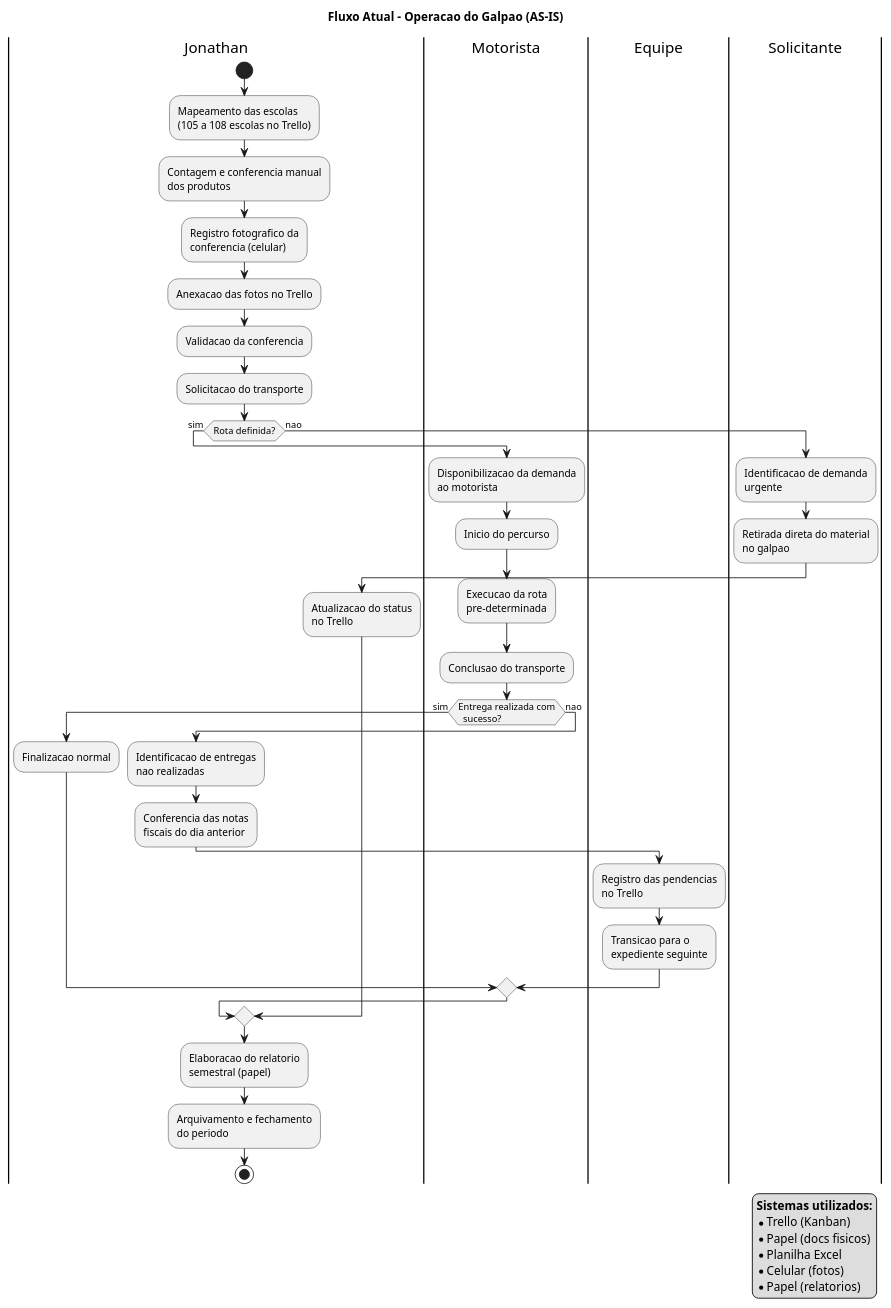
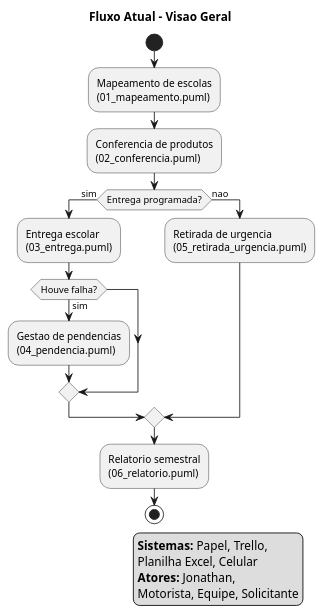
The diagram in docs/puml/fluxo_atual.puml (enzoguinossi/ProjetoFinalFAETEC), drawn with PlantUML before and after one commit. The commit also changed 6 other files, not shown here.

Commit message:
feat: break AS-IS flow into 6 detailed sub-flows in fluxosAtuais/

```diff
--- a/docs/puml/fluxo_atual.puml
+++ b/docs/puml/fluxo_atual.puml
@@ -1,86 +1,38 @@
 @startuml
 skinparam shadowing false
-title Fluxo Atual - Operacao do Galpao (AS-IS)
+title Fluxo Atual - Visao Geral
 
 |Jonathan|
 start
-:Mapeamento das escolas
-(105 a 108 escolas no Trello);
+:Mapeamento de escolas
+(01_mapeamento.puml);
 
-:Contagem e conferencia manual
-dos produtos;
+:Conferencia de produtos
+(02_conferencia.puml);
 
-:Registro fotografico da
-conferencia (celular);
-
-|Jonathan|
-:Anexacao das fotos no Trello;
-
-:Validacao da conferencia;
-
-:Solicitacao do transporte;
-
-if (Rota definida?) then (sim)
-
-  |Motorista|
-  :Disponibilizacao da demanda
-  ao motorista;
-
-  :Inicio do percurso;
-
-  :Execucao da rota
-  pre-determinada;
-
-  :Conclusao do transporte;
-
-  if (Entrega realizada com
-  sucesso?) then (sim)
-    |Jonathan|
-    :Finalizacao normal;
-  else (nao)
-    |Jonathan|
-    :Identificacao de entregas
-    nao realizadas;
-
-    :Conferencia das notas
-    fiscais do dia anterior;
-
-    |Equipe|
-    :Registro das pendencias
-    no Trello;
-
-    :Transicao para o
-    expediente seguinte;
+if (Entrega programada?) then (sim)
+  :Entrega escolar
+  (03_entrega.puml);
+  
+  if (Houve falha?) then (sim)
+    :Gestao de pendencias
+    (04_pendencia.puml);
   endif
-
+  
 else (nao)
-  |Solicitante|
-  :Identificacao de demanda
-  urgente;
-
-  :Retirada direta do material
-  no galpao;
-
-  |Jonathan|
-  :Atualizacao do status
-  no Trello;
+  :Retirada de urgencia
+  (05_retirada_urgencia.puml);
 endif
 
-  |Jonathan|
-:Elaboracao do relatorio
-semestral (papel);
-
-:Arquivamento e fechamento
-do periodo;
+:Relatorio semestral
+(06_relatorio.puml);
 
 stop
 
 legend right
-  **Sistemas utilizados:**
-  * Trello (Kanban)
-  * Papel (docs fisicos)
-  * Planilha Excel
-  * Celular (fotos)
-  * Papel (relatorios)
+  **Sistemas:** Papel, Trello,
+  Planilha Excel, Celular
+  **Atores:** Jonathan,
+  Motorista, Equipe, Solicitante
 endlegend
 @enduml
```
